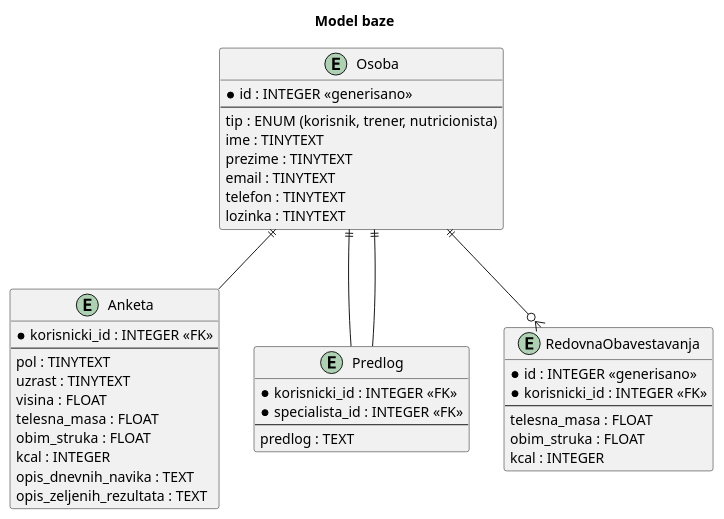
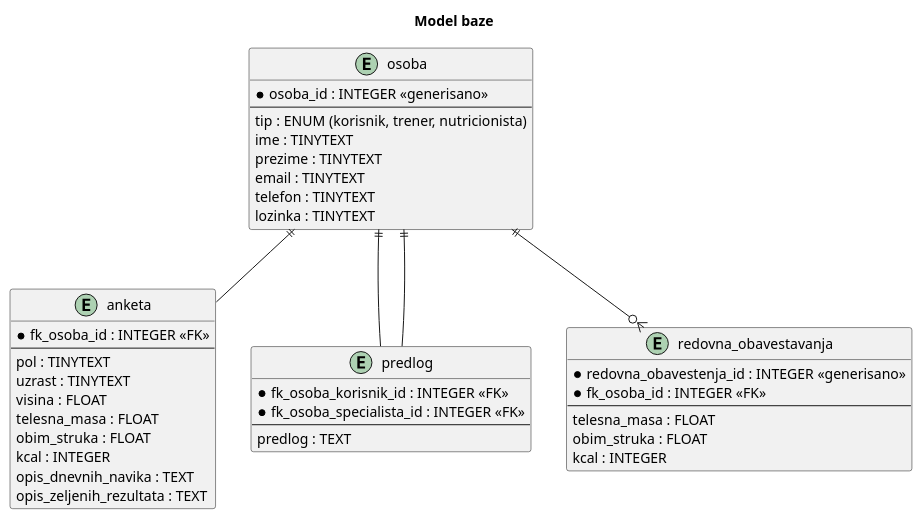
One commit to ognjenognjen123/webispit changed the diagram in dokumentacija/baza.puml. Above: the diagram before and after it, drawn with PlantUML. The commit also changed 4 other files, not shown here.

```diff
--- a/dokumentacija/baza.puml
+++ b/dokumentacija/baza.puml
@@ -1,63 +1,63 @@
 @startuml
 'https://plantuml.com/sequence-diagram
 
 'Korisnici se registruju unosom imena, prezimena, jedinstvene adrese elektronske pošte, jedinstvenog broja telefona i željene lozinke za nalog. Kada se prijave, imaju mogućnost za popune anketu za prikupljanje podataka o njihovoj visini, telesnoj masi, obimu struka, polu, uzrastu, količini dnevnog unosa hrane (u kcal), kao i o svojim dnevnim navikama (učestalost kretanja, vežbanja, sedenja za stolom ili računarom, stajanja itd), kao i opisa željenih rezultata planiranog treninga i plana ishrane.
 
 ' Ove prikupljene podatke iz ankete gledaju jedan trener i jedan nutricionista koji prema sadržaju ankete prave mesečni plan treninga i plan ishrane, respektivno. Svoje planove sastavljaju u direktnom usmenom dogovoru koji se odvija izvan okvira aplikacije. Trener i nutricionista se na aplikaciju prijavljuju sa svojim pristupnim parametrima. Ove dve grupe korisnika se razlikuju samo po svojoj oznaci uloge (trener ili nutricionista) i nisu posebni entiteti u bazi aplikacije.
 
 ' Kada i trener i nutricionista popune predložene planove treninga i ishrane za korisnika, korisnik tek tada na svom profilu može da vidi te planove.
 
  ' Korisnik treba u okviru svog profila redovno da unosi, na dnevnom nivou, na početku dana podatke o izmerenoj telesnoj masi i obimu struka, kao i na kraju dana podatke o izmerenoj telesnoj masi, obimu struka, i o unetoj količini hrane tog dana (okvirno sračunatu u kcal). Na osnovu ovih podataka, trener ili nutricionista povremeno mogu da pregledaju dostupne informacije i mogu da unesu izmenu u tekstu svojih planova treninga i ishrane, a čemu korisnik dobija obaveštenje elektronskom poštom.
 
 title Model baze
 
-entity Osoba {
-  *id : INTEGER <<generisano>>
+entity osoba {
+  *osoba_id : INTEGER <<generisano>>
   --
   tip : ENUM (korisnik, trener, nutricionista)
   ime : TINYTEXT
   prezime : TINYTEXT
   email : TINYTEXT
   telefon : TINYTEXT
   lozinka : TINYTEXT
 }
 
-entity Anketa {
-  *korisnicki_id : INTEGER <<FK>>
+entity anketa {
+  *fk_osoba_id : INTEGER <<FK>>
   --
   pol : TINYTEXT
   uzrast : TINYTEXT
   visina : FLOAT
   telesna_masa : FLOAT
   obim_struka : FLOAT
   kcal : INTEGER
   opis_dnevnih_navika : TEXT
   opis_zeljenih_rezultata : TEXT
 }
 
-entity Predlog {
-  *korisnicki_id : INTEGER <<FK>>
-  *specialista_id : INTEGER <<FK>>
+entity predlog {
+  *fk_osoba_korisnik_id : INTEGER <<FK>>
+  *fk_osoba_specialista_id : INTEGER <<FK>>
   --
   predlog : TEXT
 }
 
-entity RedovnaObavestavanja {
-  *id : INTEGER <<generisano>>
-  *korisnicki_id : INTEGER <<FK>>
+entity redovna_obavestavanja {
+  *redovna_obavestenja_id : INTEGER <<generisano>>
+  *fk_osoba_id : INTEGER <<FK>>
   --
   telesna_masa : FLOAT
   obim_struka : FLOAT
   kcal : INTEGER
 }
 
 
-Osoba ||-- Anketa
+osoba ||-- anketa
 ' predlog je manjenjen tacnpo jednom korisniku
-Osoba ||-- Predlog
+osoba ||-- predlog
 ' predlog je napisan od tacno jednog specjaliste, tj. trenera ili nutricioniste
-Osoba ||-- Predlog
+osoba ||-- predlog
 
-Osoba ||--o{ RedovnaObavestavanja
+osoba ||--o{ redovna_obavestavanja
 
 @enduml
```
